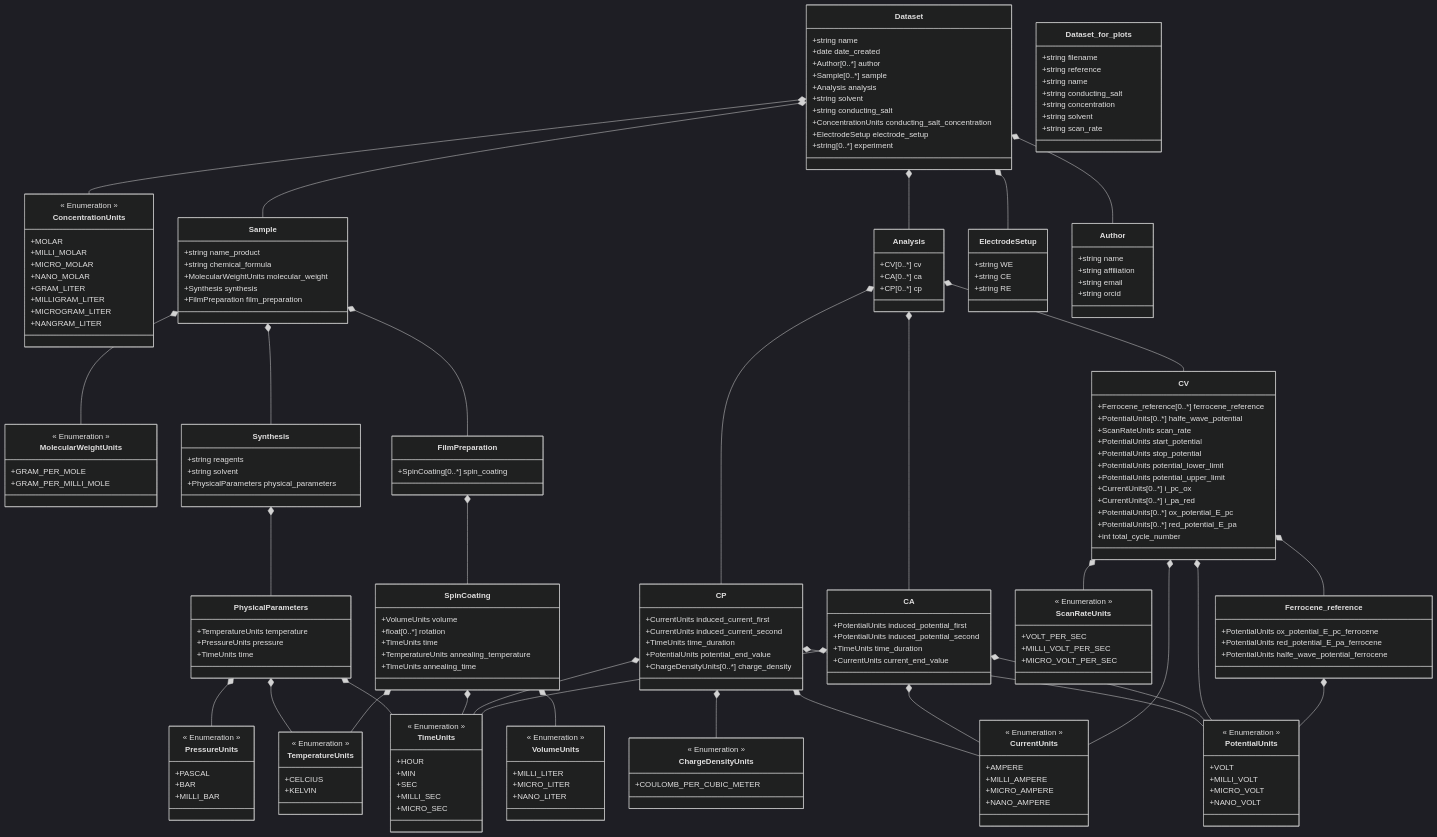
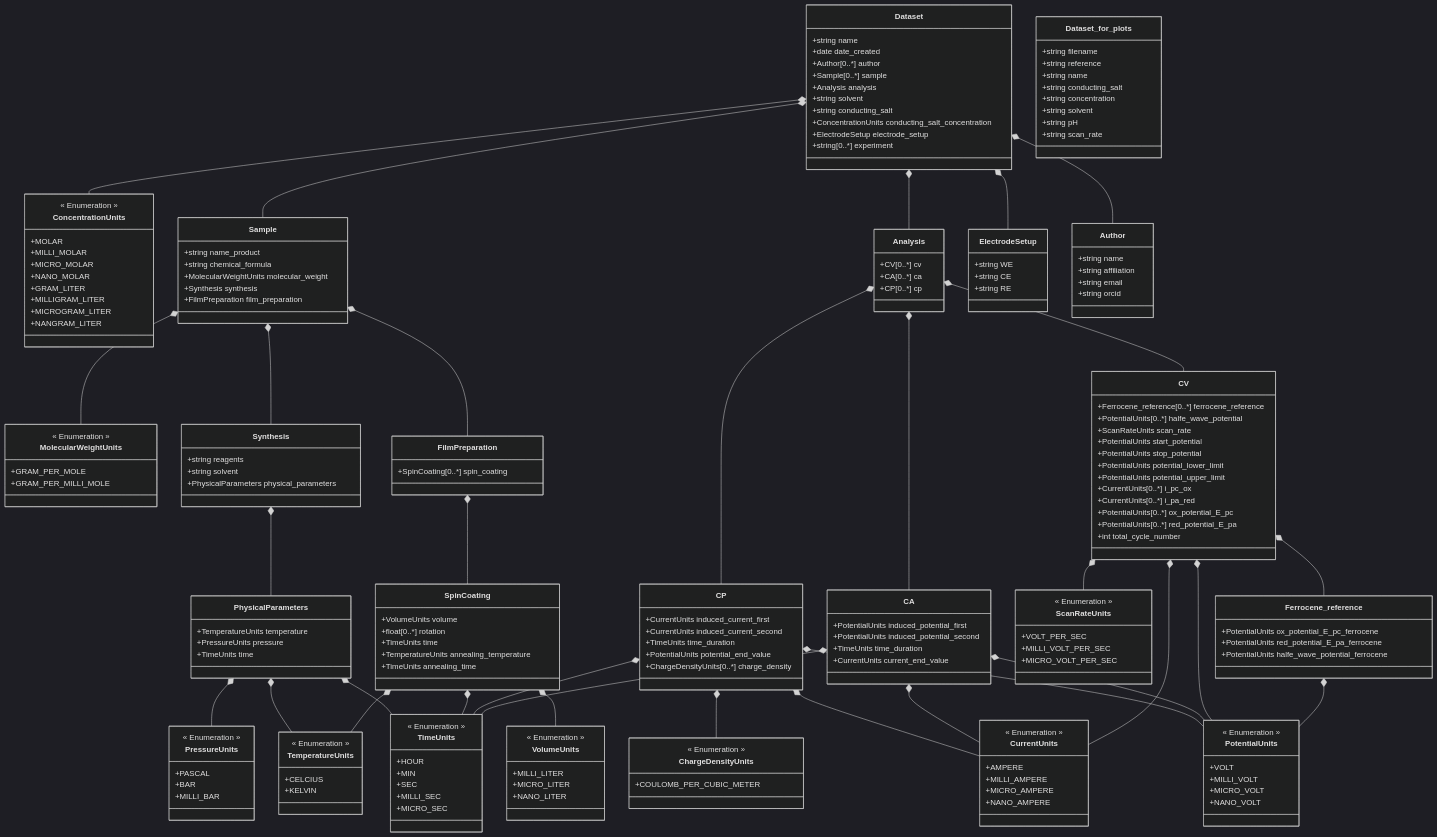
Before and after one commit to FAIRChemistry/datamodel-electrochemistry: the diagram in ElectrochemistryDataModel/schemes/electrochemistrydatamodel_schema.md, drawn with Mermaid (dark theme). The commit also changed 15 other files, not shown here.

```diff
--- a/ElectrochemistryDataModel/schemes/electrochemistrydatamodel_schema.md
+++ b/ElectrochemistryDataModel/schemes/electrochemistrydatamodel_schema.md
@@ -90,6 +90,7 @@
         +string conducting_salt
         +string concentration
         +string solvent
+        +string pH
         +string scan_rate
     }
     
```
